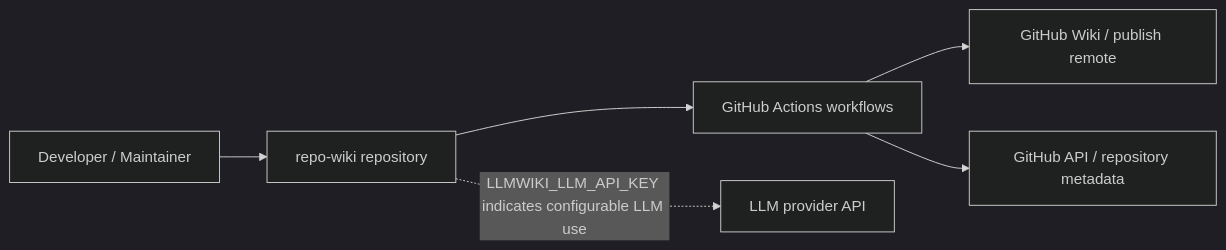
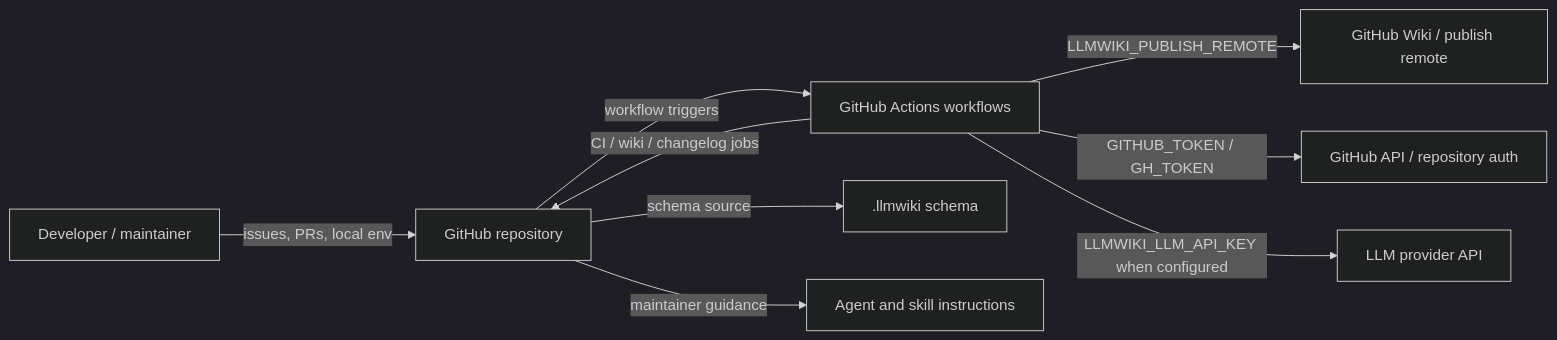
One commit to mfittko/repo-wiki changed the first of 4 diagrams in Architecture.md. Above: the diagram before and after it, drawn with Mermaid (dark theme). The commit also changed other lines of this file and 45 other files, not shown here.

Commit message:
Compile repository wiki 2026-06-12T13:37:54.626Z

````diff
--- a/Architecture.md
+++ b/Architecture.md
@@ -43,15 +58,20 @@
 ```mermaid
 flowchart LR
-  User["Developer / Maintainer"]
-  Repo["repo-wiki repository"]
-  Actions["GitHub Actions workflows"]
+  Developer["Developer / maintainer"]
+  GitHubRepo["GitHub repository"]
+  GitHubActions["GitHub Actions workflows"]
   WikiRemote["GitHub Wiki / publish remote"]
-  GitHubAPI["GitHub API / repository metadata"]
-  LLM["LLM provider API"]
+  GitHubAPI["GitHub API / repository auth"]
+  LLMProvider["LLM provider API"]
+  WikiSchema[".llmwiki schema"]
+  AgentDocs["Agent and skill instructions"]
 
-  User --> Repo
-  Repo --> Actions
-  Actions --> WikiRemote
-  Actions --> GitHubAPI
-  Repo -. "LLMWIKI_LLM_API_KEY indicates configurable LLM use" .-> LLM
+  Developer -->|"issues, PRs, local env"| GitHubRepo
+  GitHubRepo -->|"workflow triggers"| GitHubActions
+  GitHubActions -->|"CI / wiki / changelog jobs"| GitHubRepo
+  GitHubActions -->|"LLMWIKI_PUBLISH_REMOTE"| WikiRemote
+  GitHubActions -->|"GITHUB_TOKEN / GH_TOKEN"| GitHubAPI
+  GitHubActions -->|"LLMWIKI_LLM_API_KEY when configured"| LLMProvider
+  GitHubRepo -->|"schema source"| WikiSchema
+  GitHubRepo -->|"maintainer guidance"| AgentDocs
 ```
````
